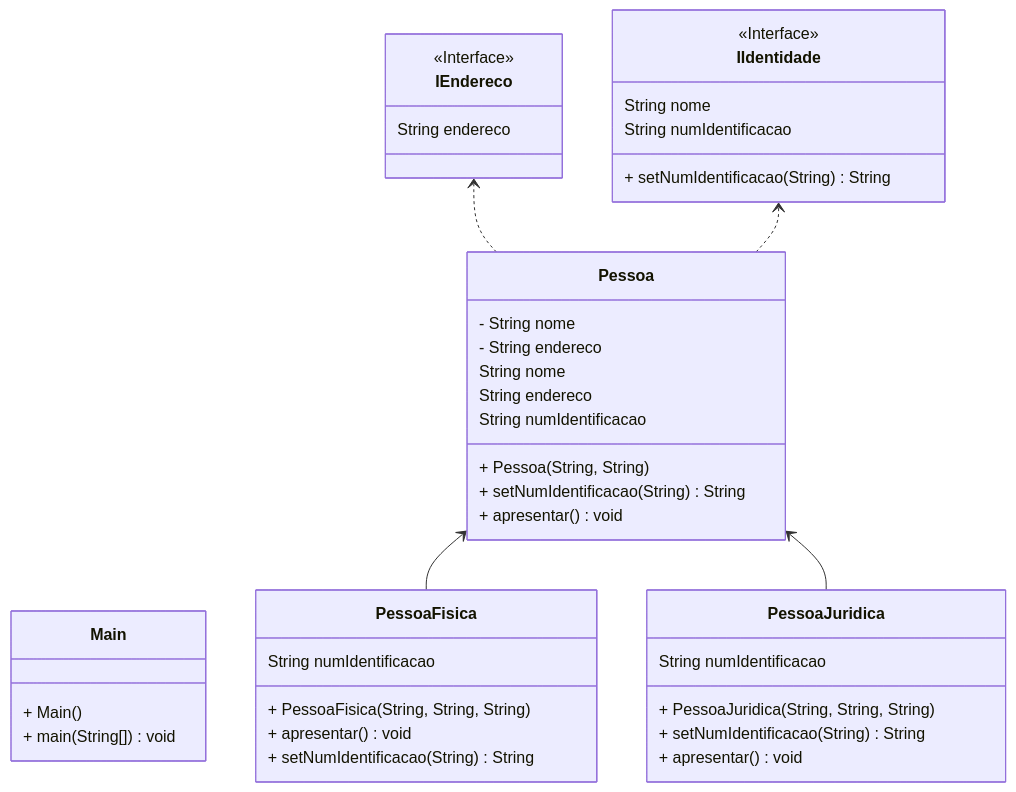
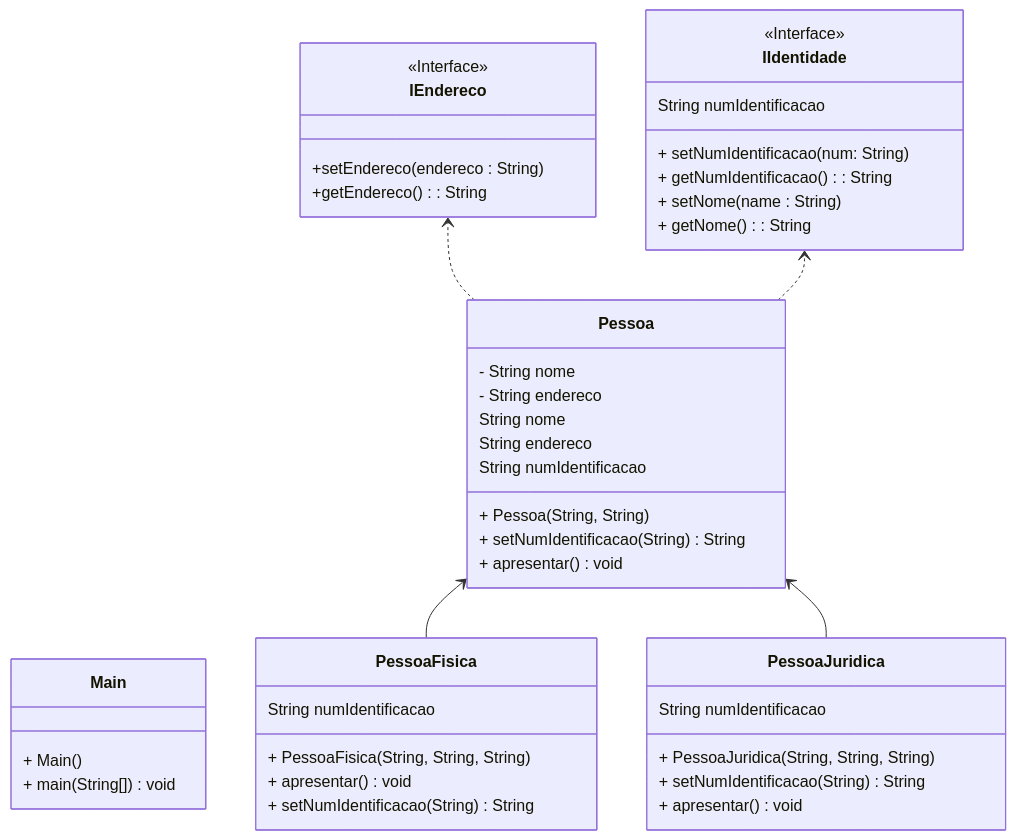
One commit to OsmarBaia/ebac-back-end changed the diagram in README.md. Above: the diagram before and after it, drawn with Mermaid.

Commit message:
Update README.md
Fixed mermaid graph of interfaces

````diff
--- a/README.md
+++ b/README.md
@@ -3,46 +3,53 @@
 ```mermaid
 classDiagram
 direction BT
+
 class IEndereco {
 <<Interface>>
-String endereco
++setEndereco(endereco : String)
++getEndereco() : String
 }
+
 class IIdentidade {
 <<Interface>>
-+ setNumIdentificacao(String) String
-  String nome
++ setNumIdentificacao(num: String) 
++ getNumIdentificacao() : String
++ setNome(name : String)
++ getNome() : String
   String numIdentificacao
   }
+
   class Main {
 + Main()
 + main(String[]) void
   }
+
   class Pessoa {
 + Pessoa(String, String)
 - String nome
 - String endereco
 + setNumIdentificacao(String) String
 + apresentar() void
   String nome
   String endereco
   String numIdentificacao
   }
   class PessoaFisica {
 + PessoaFisica(String, String, String)
 + apresentar() void
 + setNumIdentificacao(String) String
   String numIdentificacao
   }
   class PessoaJuridica {
 + PessoaJuridica(String, String, String)
 + setNumIdentificacao(String) String
 + apresentar() void
   String numIdentificacao
   }
 
 Pessoa  ..>  IEndereco
 Pessoa  ..>  IIdentidade
 PessoaFisica  -->  Pessoa
 PessoaJuridica  -->  Pessoa 
 
 ```
````
